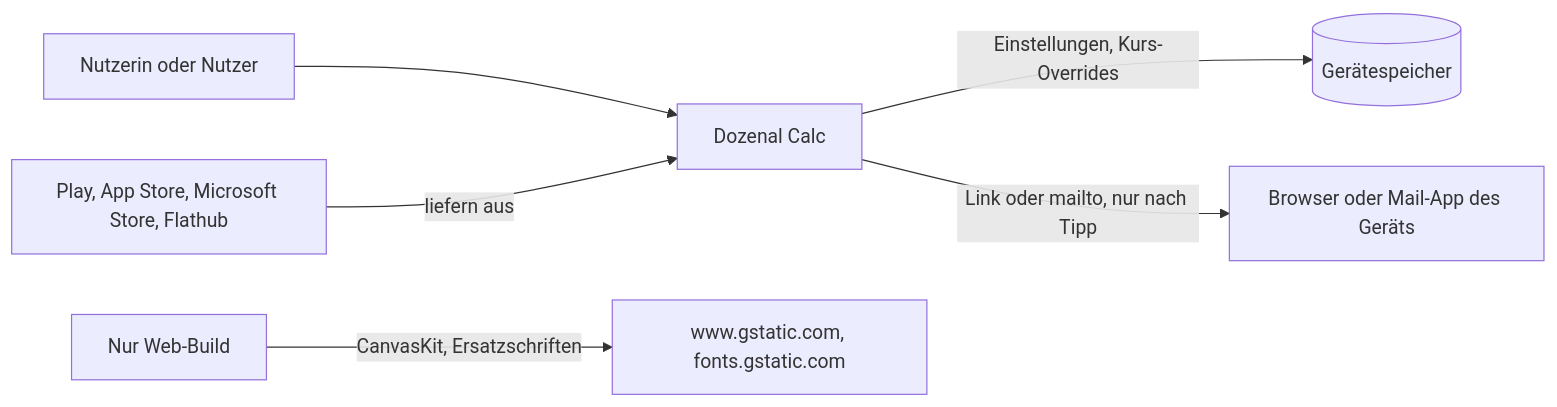
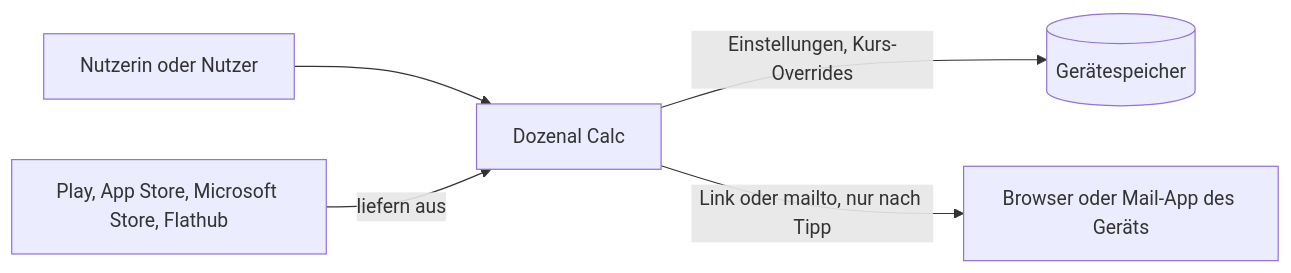
The first of 2 diagrams in docs/architektur.md (steinerschueler/dozenal_calc_flutter), drawn with Mermaid before and after one commit. The commit also changed other lines of this file and 9 other files, not shown here.

First line of the commit message:
fix(web): CanvasKit und Schriften von der eigenen Seite laden

````diff
--- a/docs/architektur.md
+++ b/docs/architektur.md
@@ -7,8 +7,7 @@
 ```mermaid
 flowchart LR
   nutzer[Nutzerin oder Nutzer] --> app[Dozenal Calc]
   app -->|Einstellungen, Kurs-Overrides| geraet[(Gerätespeicher)]
   app -->|Link oder mailto, nur nach Tipp| extern[Browser oder Mail-App des Geräts]
-  web[Nur Web-Build] -->|CanvasKit, Ersatzschriften| google[www.gstatic.com, fonts.gstatic.com]
   stores[Play, App Store, Microsoft Store, Flathub] -->|liefern aus| app
 ```
````
